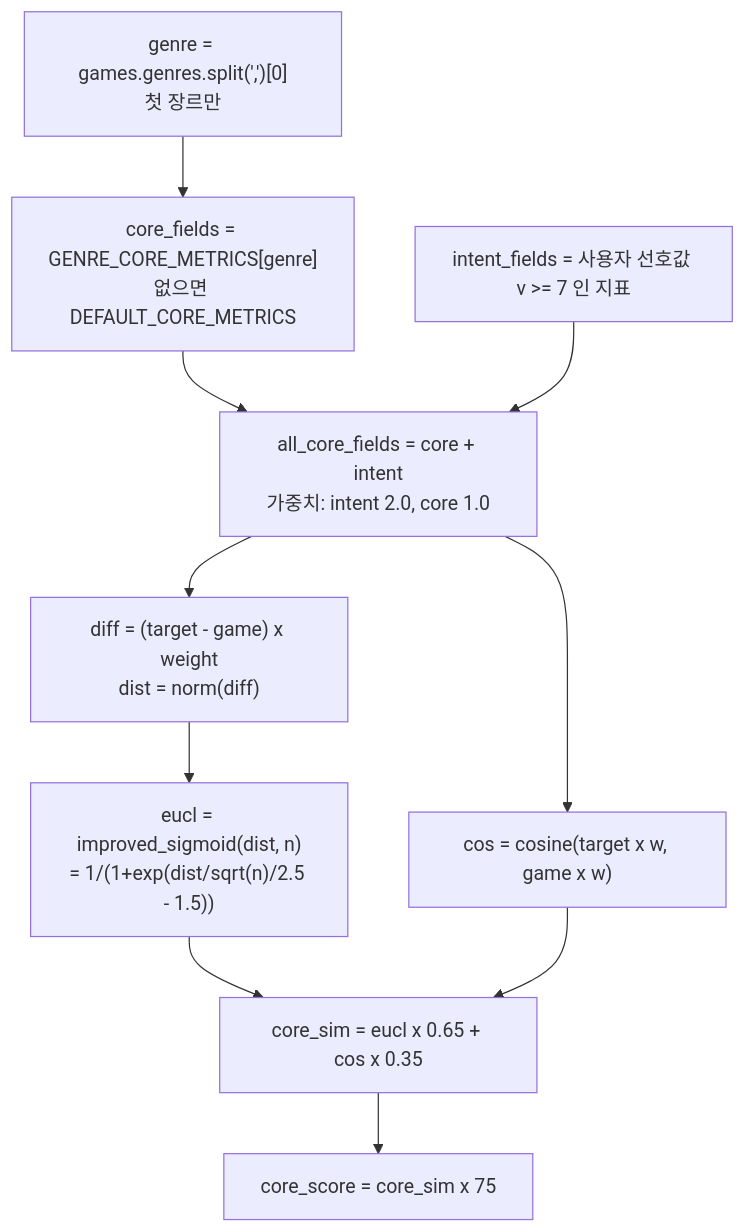
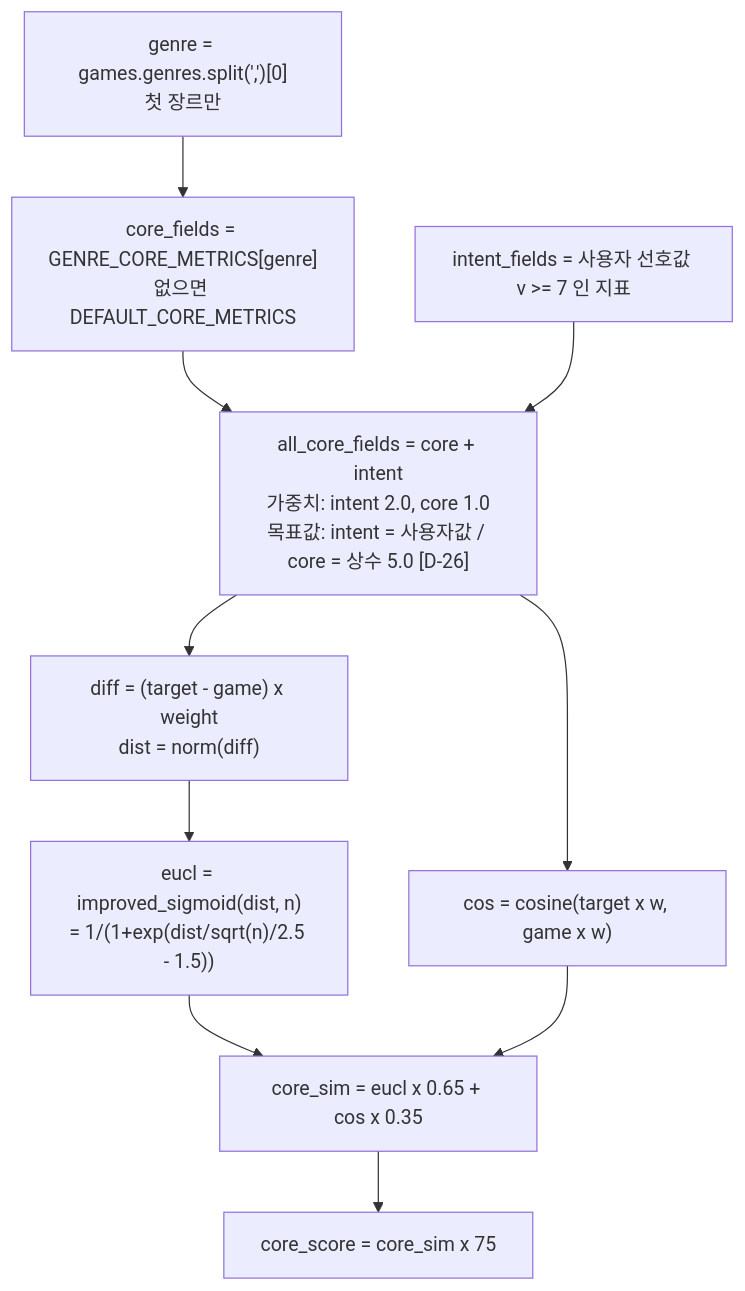
One commit to juntae0123/hidden-gem changed the third of 10 diagrams in docs/scoring_mechanism_asis.md. Above: the diagram before and after it, drawn with Mermaid. The commit also changed other lines of this file and 3 other files, not shown here.

````diff
--- a/docs/scoring_mechanism_asis.md
+++ b/docs/scoring_mechanism_asis.md
@@ -103,13 +103,13 @@
 ```mermaid
 flowchart TD
     A1["genre = games.genres.split(',')[0]<br/>첫 장르만"] --> A2
     A2["core_fields = GENRE_CORE_METRICS[genre]<br/>없으면 DEFAULT_CORE_METRICS"] --> A4
     A3["intent_fields = 사용자 선호값 v >= 7 인 지표"] --> A4
-    A4["all_core_fields = core + intent<br/>가중치: intent 2.0, core 1.0"]
+    A4["all_core_fields = core + intent<br/>가중치: intent 2.0, core 1.0<br/>목표값: intent = 사용자값 / core = 상수 5.0 [D-26]"]
     A4 --> A5["diff = (target - game) x weight<br/>dist = norm(diff)"]
     A5 --> A6["eucl = improved_sigmoid(dist, n)<br/>= 1/(1+exp(dist/sqrt(n)/2.5 - 1.5))"]
     A4 --> A7["cos = cosine(target x w, game x w)"]
     A6 --> A8["core_sim = eucl x 0.65 + cos x 0.35"]
     A7 --> A8
     A8 --> A9["core_score = core_sim x 75"]
 ```
````
